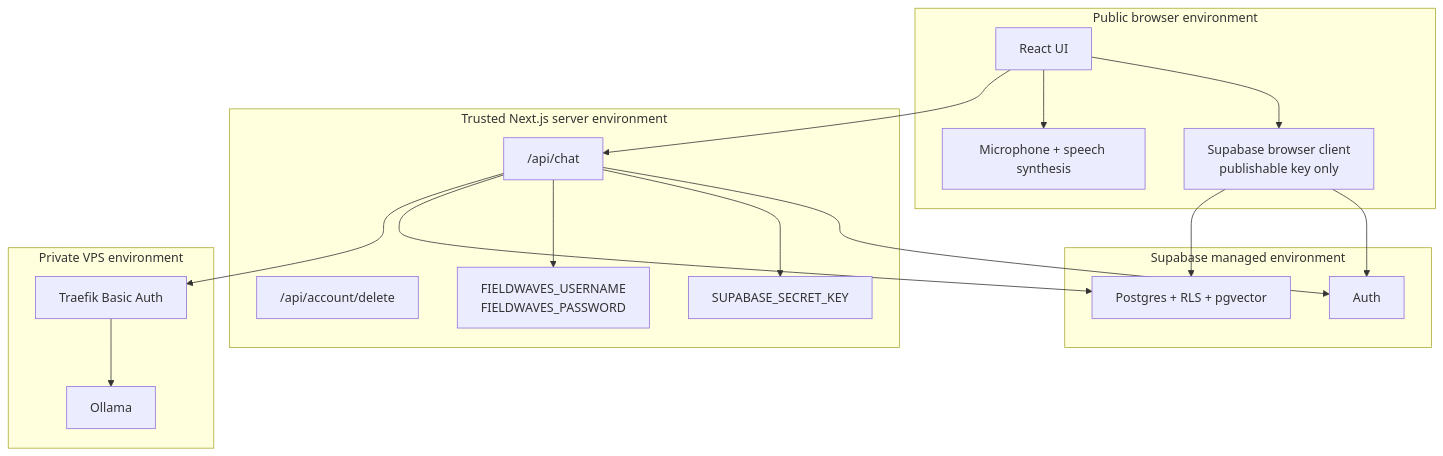
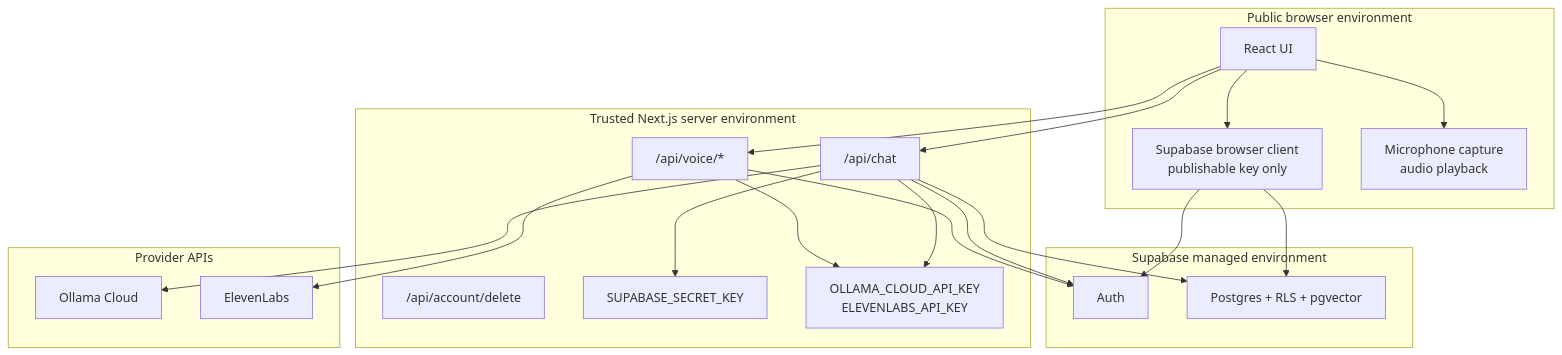
One commit to mardan-shah/voice-app changed the second of 9 diagrams in ARCHITECTURE.md. Above: the diagram before and after it, drawn with Mermaid. The commit also changed other lines of this file and 22 other files, not shown here.

````diff
--- a/ARCHITECTURE.md
+++ b/ARCHITECTURE.md
@@ -92,37 +96,41 @@
 ```mermaid
 flowchart TB
     subgraph PublicBrowser["Public browser environment"]
         UI["React UI"]
         BrowserSupabase["Supabase browser client<br/>publishable key only"]
-        Voice["Microphone + speech synthesis"]
+        Voice["Microphone capture<br/>audio playback"]
     end
 
     subgraph NextServer["Trusted Next.js server environment"]
         ChatRoute["/api/chat"]
+        VoiceRoute["/api/voice/*"]
         DeleteRoute["/api/account/delete"]
         Secret["SUPABASE_SECRET_KEY"]
-        AICreds["FIELDWAVES_USERNAME<br/>FIELDWAVES_PASSWORD"]
+        ProviderCreds["OLLAMA_CLOUD_API_KEY<br/>ELEVENLABS_API_KEY"]
     end
 
     subgraph Supabase["Supabase managed environment"]
         Auth["Auth"]
         DB["Postgres + RLS + pgvector"]
     end
 
-    subgraph VPS["Private VPS environment"]
-        Traefik["Traefik Basic Auth"]
-        Ollama["Ollama"]
+    subgraph Providers["Provider APIs"]
+        Ollama["Ollama Cloud"]
+        Eleven["ElevenLabs"]
     end
 
     UI --> BrowserSupabase
     UI --> Voice
     UI --> ChatRoute
+    UI --> VoiceRoute
     BrowserSupabase --> Auth
     BrowserSupabase --> DB
     ChatRoute --> Auth
     ChatRoute --> Secret
-    ChatRoute --> AICreds
+    ChatRoute --> ProviderCreds
     ChatRoute --> DB
-    ChatRoute --> Traefik
-    Traefik --> Ollama
+    ChatRoute --> Ollama
+    VoiceRoute --> Auth
+    VoiceRoute --> ProviderCreds
+    VoiceRoute --> Eleven
 ```
````
